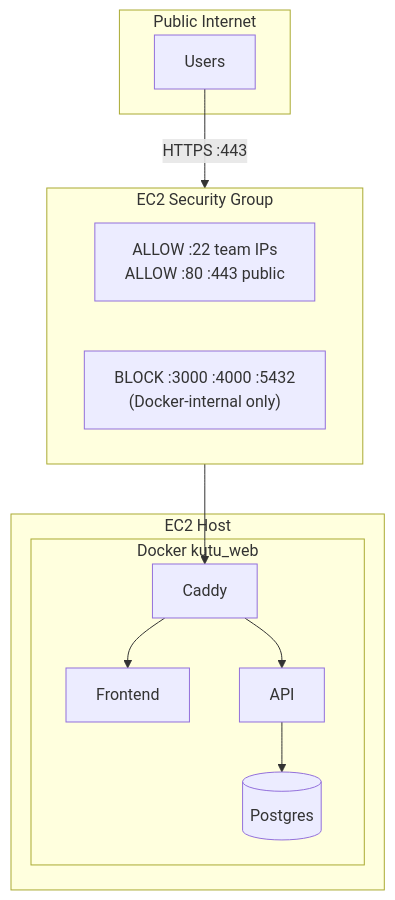
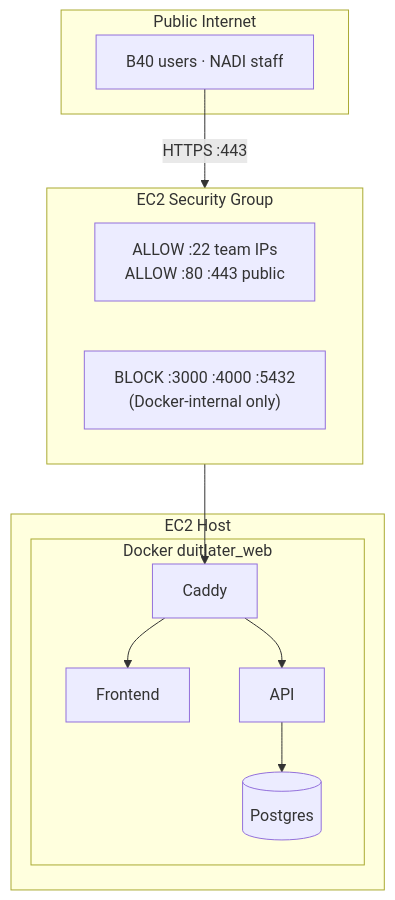
One commit to Zen0space/R2-D2-Finhack changed the eighth of 8 diagrams in ARCHITECTURE.md. Above: the diagram before and after it, drawn with Mermaid. The commit also changed other lines of this file and 26 other files, not shown here.

````diff
--- a/ARCHITECTURE.md
+++ b/ARCHITECTURE.md
@@ -446,26 +374,26 @@
 ```mermaid
 graph TB
     subgraph Internet["Public Internet"]
-        Users[Users]
+        Users[B40 users · NADI staff]
     end
 
     subgraph SecGroup["EC2 Security Group"]
         Allow["ALLOW :22 team IPs<br/>ALLOW :80 :443 public"]
         Block["BLOCK :3000 :4000 :5432<br/>(Docker-internal only)"]
     end
 
     subgraph EC2Host["EC2 Host"]
-        subgraph DockerNet["Docker kutu_web"]
+        subgraph DockerNet["Docker duitlater_web"]
             CaddyC[Caddy]
             FEC[Frontend]
             APIC[API]
             DBC[(Postgres)]
         end
     end
 
     Users -->|HTTPS :443| SecGroup
     SecGroup --> CaddyC
     CaddyC --> FEC
     CaddyC --> APIC
     APIC --> DBC
 ```
````
